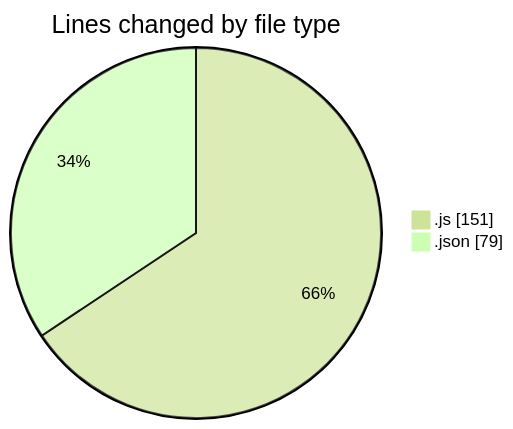
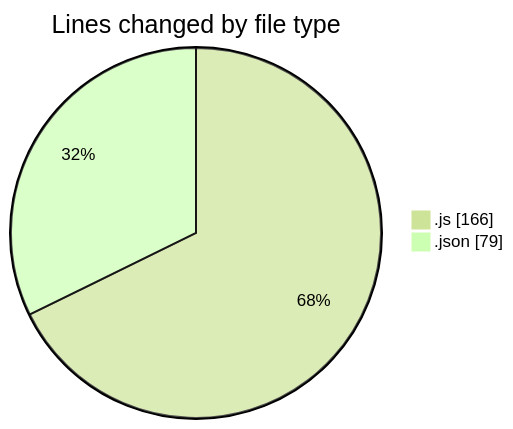
One commit to momahboobian/code-tracking changed the first of 2 diagrams in 2025-01-31/cda/README.md. Above: the diagram before and after it, drawn with Mermaid (forest theme). The commit also changed other lines of this file and 1 other file, not shown here.

````diff
--- a/2025-01-31/cda/README.md
+++ b/2025-01-31/cda/README.md
@@ -23,6 +23,6 @@
 ```mermaid
 pie showData
 title Lines changed by file type
-".js" : 151
+".js" : 166
 ".json" : 79
 ```
````
